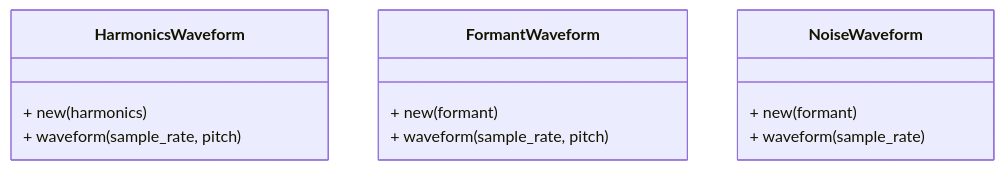
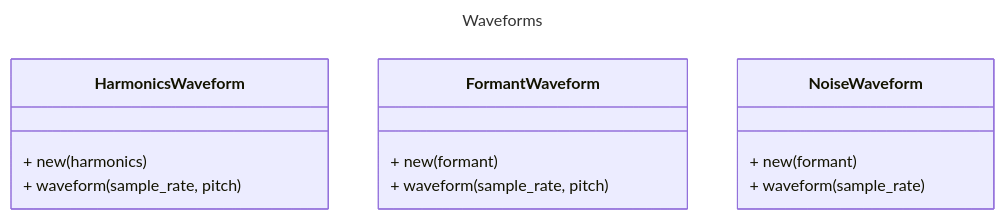
One commit to stefano-rasi/Synth changed the second of 5 diagrams in README.md. Above: the diagram before and after it, drawn with Mermaid. The commit also changed other lines of this file, not shown here.

````diff
--- a/README.md
+++ b/README.md
@@ -17,18 +20,21 @@
 ```mermaid
+---
+title: Waveforms
+---
 classDiagram
   class HarmonicsWaveform {
     + new(harmonics)
 
     + waveform(sample_rate, pitch)
   }
   class FormantWaveform {
     + new(formant)
 
     + waveform(sample_rate, pitch)
   }
   class NoiseWaveform {
     + new(formant)
 
     + waveform(sample_rate)
   }
 ```
````
